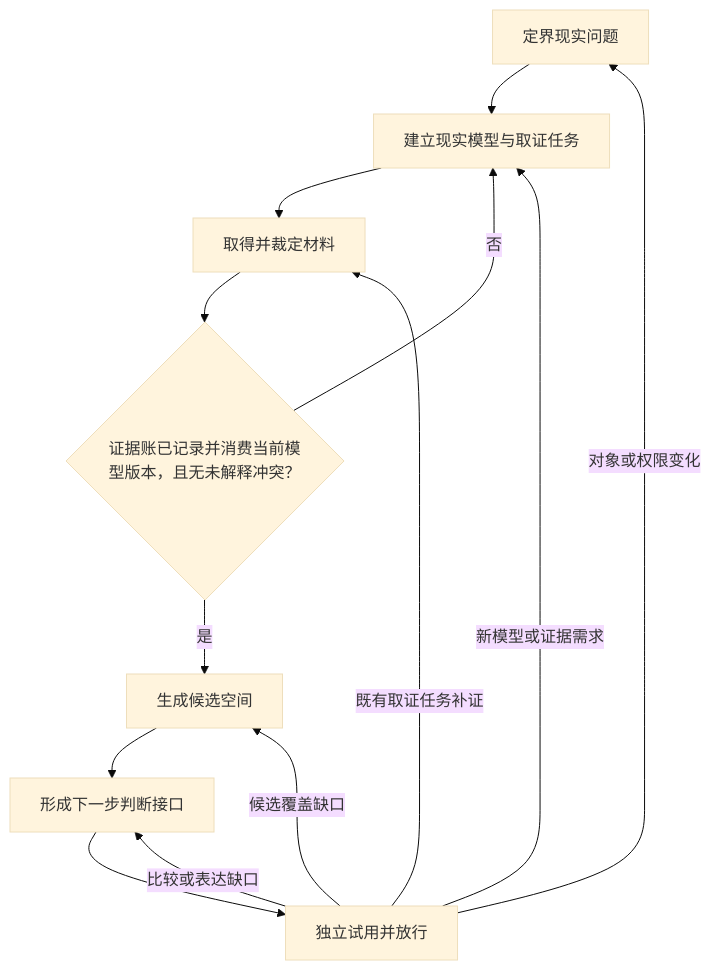
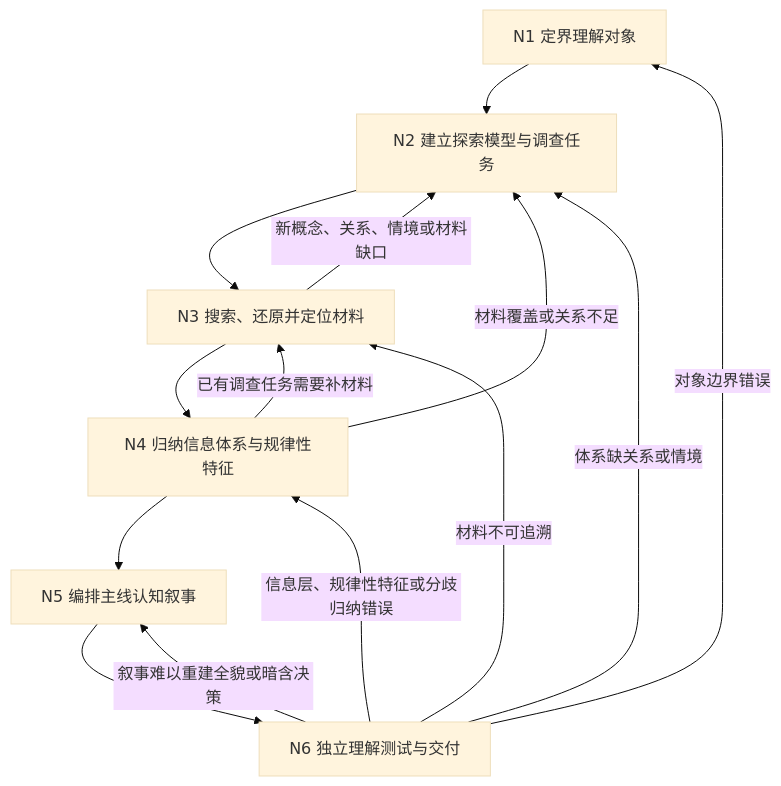
Before and after one commit to FurtherBank/cpu-ai: the diagram in skills/investigation-research/SKILL.md, drawn with Mermaid (base theme). The commit also changed other lines of this file and 48 other files, not shown here.

````diff
--- a/skills/investigation-research/SKILL.md
+++ b/skills/investigation-research/SKILL.md
@@ -43,15 +47,16 @@
 ```mermaid
 flowchart TD
-  N1["定界现实问题"] --> N2["建立现实模型与取证任务"]
-  N2 --> N3["取得并裁定材料"]
-  N3 --> S{"证据账已记录并消费当前模型版本，且无未解释冲突？"}
-  S -->|否| N2
-  S -->|是| NX["生成候选空间"]
-  NX --> N4["形成下一步判断接口"]
-  N4 --> N5["独立试用并放行"]
-  N5 -->|对象或权限变化| N1
-  N5 -->|新模型或证据需求| N2
-  N5 -->|既有取证任务补证| N3
-  N5 -->|候选覆盖缺口| NX
-  N5 -->|比较或表达缺口| N4
+  N1["N1 定界理解对象"] --> N2["N2 建立探索模型与调查任务"]
+  N2 --> N3["N3 搜索、还原并定位材料"]
+  N3 -->|"新概念、关系、情境或材料缺口"| N2
+  N3 --> N4["N4 归纳信息体系与规律性特征"]
+  N4 -->|"材料覆盖或关系不足"| N2
+  N4 -->|"已有调查任务需要补材料"| N3
+  N4 --> N5["N5 编排主线认知叙事"]
+  N5 --> N6["N6 独立理解测试与交付"]
+  N6 -->|"对象边界错误"| N1
+  N6 -->|"体系缺关系或情境"| N2
+  N6 -->|"材料不可追溯"| N3
+  N6 -->|"信息层、规律性特征或分歧归纳错误"| N4
+  N6 -->|"叙事难以重建全貌或暗含决策"| N5
 ```
````
